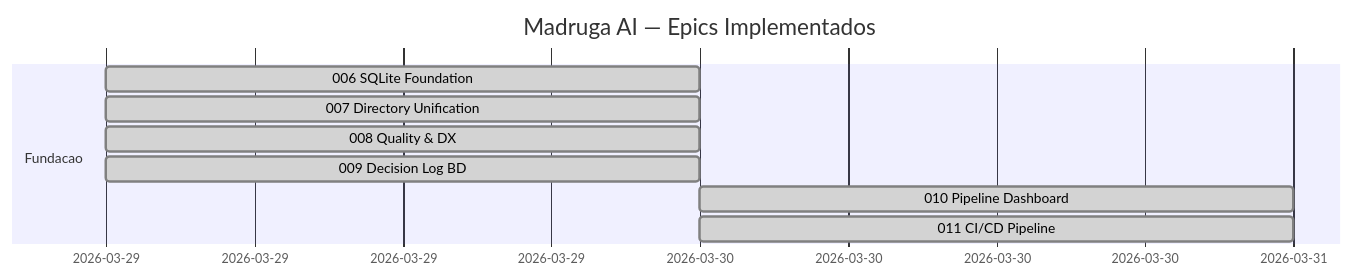
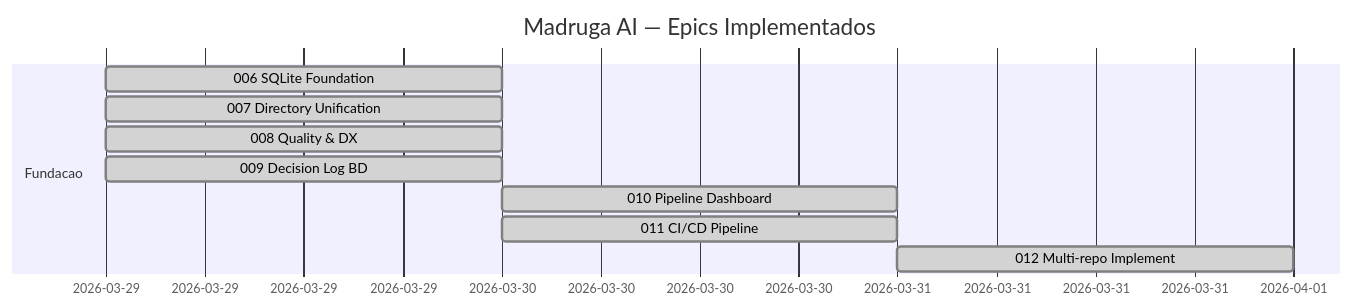
The first of 3 diagrams in platforms/madruga-ai/planning/roadmap.md (paceautomations/madruga.ai), drawn with Mermaid before and after one commit. The commit also changed other lines of this file and 19 other files, not shown here.

First line of the commit message:
feat: epic 012 multi-repo implement — ensure_repo, worktree, implement_remote

````diff
--- a/platforms/madruga-ai/planning/roadmap.md
+++ b/platforms/madruga-ai/planning/roadmap.md
@@ -33,12 +33,13 @@
 ```mermaid
 gantt
     title Madruga AI — Epics Implementados
     dateFormat YYYY-MM-DD
     section Fundacao
     006 SQLite Foundation       :done, e006, 2026-03-29, 1d
     007 Directory Unification   :done, e007, 2026-03-29, 1d
     008 Quality & DX            :done, e008, 2026-03-29, 1d
     009 Decision Log BD         :done, e009, 2026-03-29, 1d
     010 Pipeline Dashboard      :done, e010, 2026-03-30, 1d
     011 CI/CD Pipeline          :done, e011, 2026-03-30, 1d
+    012 Multi-repo Implement   :done, e012, 2026-03-31, 1d
 ```
````
